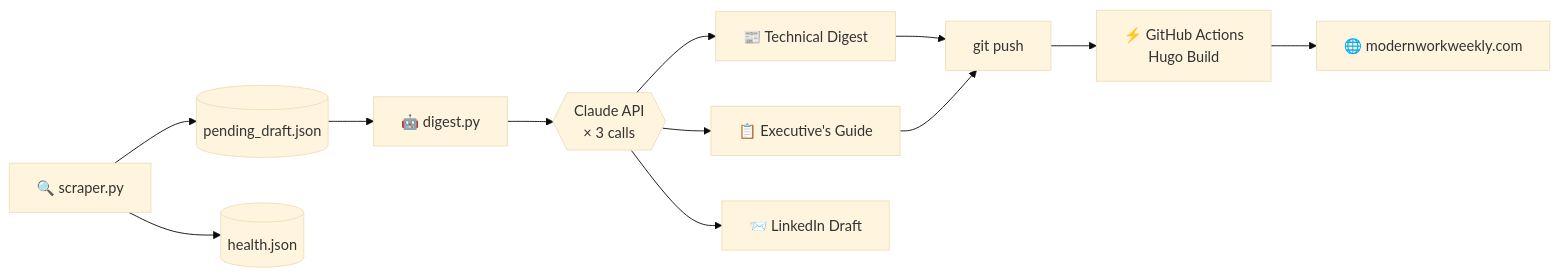
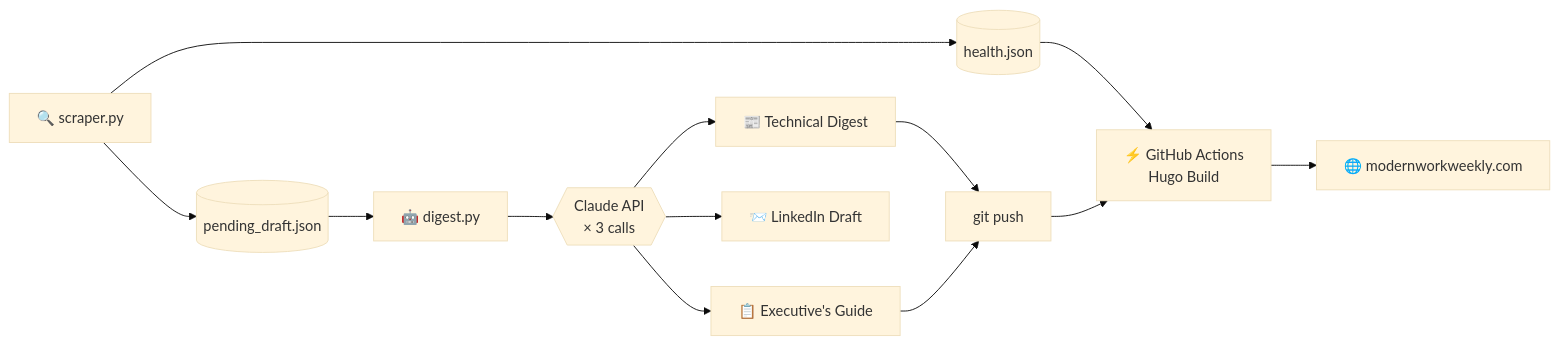
Before and after one commit to TwitchSTL/modern-work-weekly: the diagram in README.md, drawn with Mermaid (base theme). The commit also changed other lines of this file, not shown here.

````diff
--- a/README.md
+++ b/README.md
@@ -50,14 +34,15 @@
 ```mermaid
 flowchart LR
     A["🔍 scraper.py"] --> B[("pending_draft.json")]
     A --> C[("health.json")]
     B --> D["🤖 digest.py"]
     D --> E{{"Claude API\n× 3 calls"}}
     E --> F["📰 Technical Digest"]
     E --> G["📋 Executive's Guide"]
     E --> L["📨 LinkedIn Draft"]
     F --> H["git push"]
     G --> H
+    C --> I
     H --> I["⚡ GitHub Actions\nHugo Build"]
     I --> J["🌐 modernworkweekly.com"]
 ```
````
